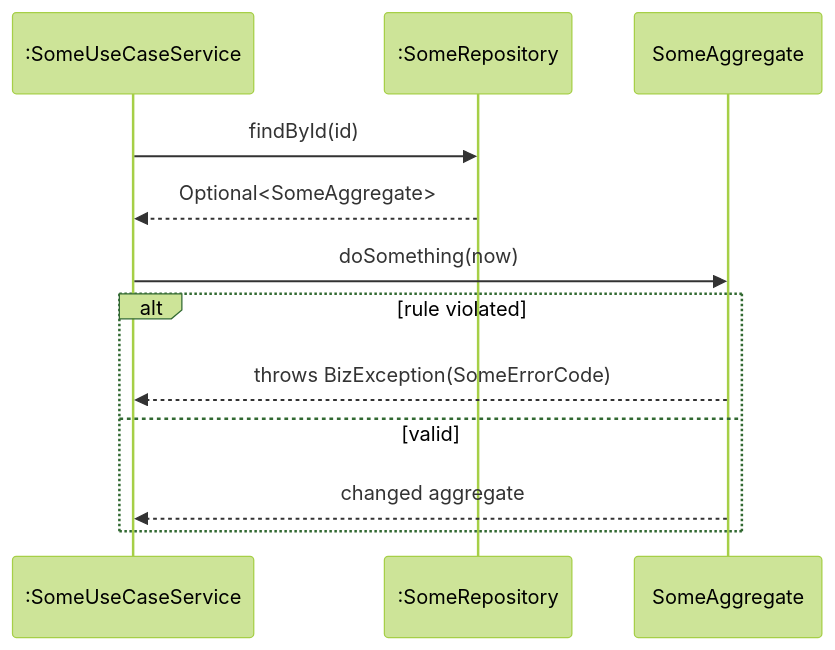
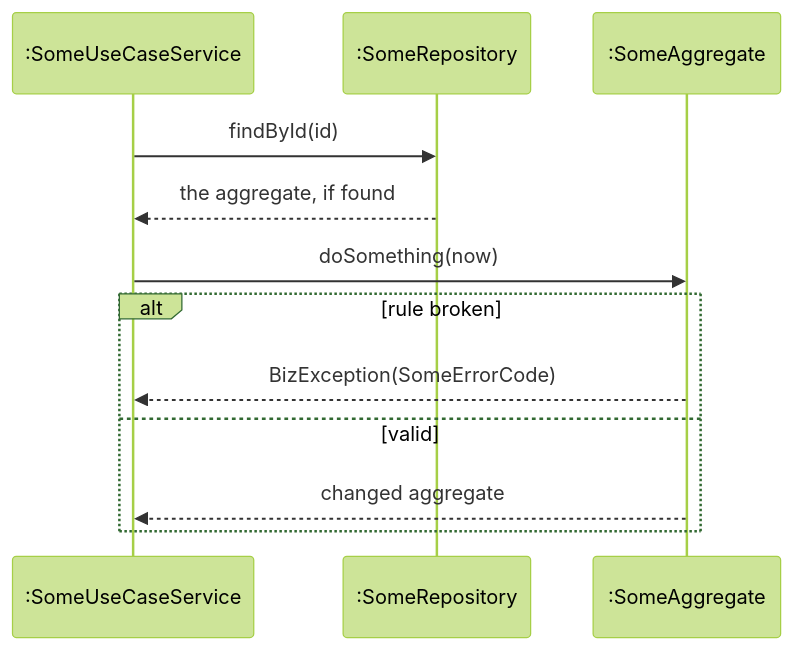
The second of 14 diagrams in docs/swe5006/report-drafts/transition-strategies.md (PPsyrius/iss-groupbuy-team8), drawn with Mermaid (forest theme) before and after one commit. The commit also changed other lines of this file and 1 other file, not shown here.

First line of the commit message:
docs(report): correct the transition strategies against the code and map the UC4 analysis model (#614)

````diff
--- a/docs/swe5006/report-drafts/transition-strategies.md
+++ b/docs/swe5006/report-drafts/transition-strategies.md
@@ -102,14 +105,14 @@
 ```mermaid
 sequenceDiagram
     participant S as :SomeUseCaseService
     participant R as :SomeRepository
-    participant A as SomeAggregate
+    participant A as :SomeAggregate
     S->>R: findById(id)
-    R-->>S: Optional<SomeAggregate>
+    R-->>S: the aggregate, if found
     S->>A: doSomething(now)
-    alt rule violated
-        A-->>S: throws BizException(SomeErrorCode)
+    alt rule broken
+        A-->>S: BizException(SomeErrorCode)
     else valid
         A-->>S: changed aggregate
     end
 ```
````
